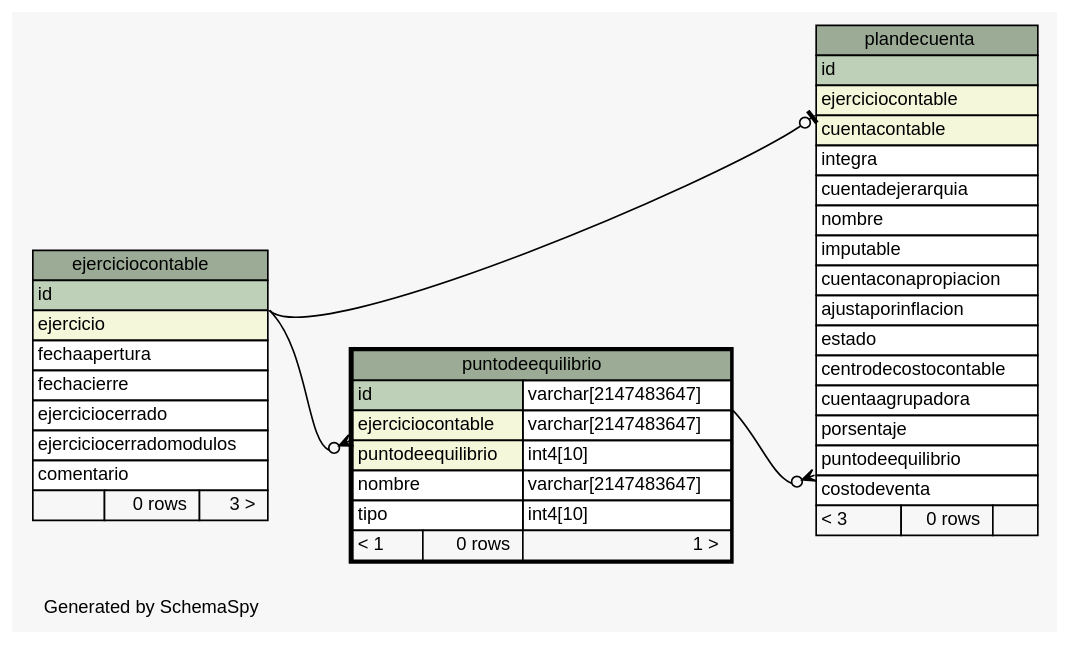
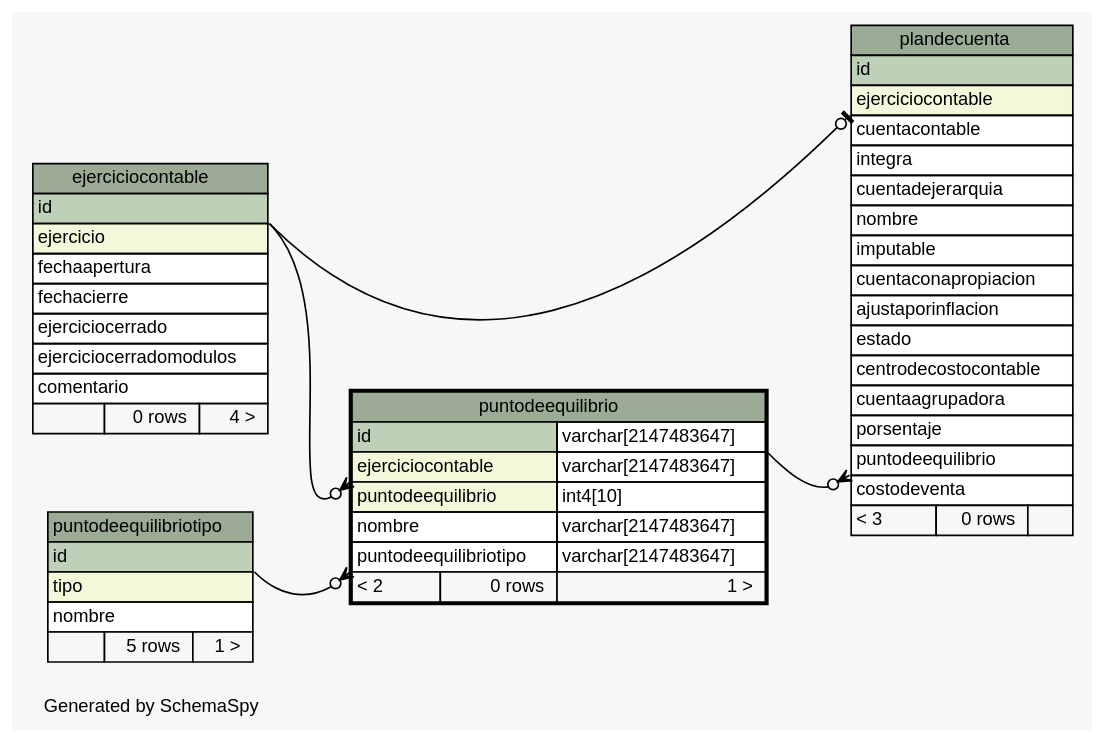
The diagram in sql/postgresql/schemaSpy/salida/diagrams/puntodeequilibrio.1degree.dot (sebaalvarez/massoftware), drawn with Graphviz before and after one commit. The commit also changed 152 other files, not shown here.

```diff
--- a/sql/postgresql/schemaSpy/salida/diagrams/puntodeequilibrio.1degree.dot
+++ b/sql/postgresql/schemaSpy/salida/diagrams/puntodeequilibrio.1degree.dot
@@ -1,79 +1,92 @@
 // dot 2.2.1 on Windows 10 10.0
 // SchemaSpy rev 590
 digraph "oneDegreeRelationshipsDiagram" {
   graph [
     rankdir="RL"
     bgcolor="#f7f7f7"
     label="\nGenerated by SchemaSpy"
     labeljust="l"
     nodesep="0.18"
     ranksep="0.46"
     fontname="Helvetica"
     fontsize="11"
   ];
   node [
     fontname="Helvetica"
     fontsize="11"
     shape="plaintext"
   ];
   edge [
     arrowsize="0.8"
   ];
   "plandecuenta":"ejerciciocontable":sw -> "ejerciciocontable":"id":se [arrowhead=none dir=back arrowtail=teeodot];
   "plandecuenta":"puntodeequilibrio":sw -> "puntodeequilibrio":"id.type":se [arrowhead=none dir=back arrowtail=crowodot];
   "puntodeequilibrio":"ejerciciocontable":sw -> "ejerciciocontable":"id":se [arrowhead=none dir=back arrowtail=crowodot];
+  "puntodeequilibrio":"puntodeequilibriotipo":sw -> "puntodeequilibriotipo":"id":se [arrowhead=none dir=back arrowtail=crowodot];
   "ejerciciocontable" [
     label=<
     <TABLE BORDER="0" CELLBORDER="1" CELLSPACING="0" BGCOLOR="#ffffff">
       <TR><TD COLSPAN="3" BGCOLOR="#9bab96" ALIGN="CENTER">ejerciciocontable</TD></TR>
       <TR><TD PORT="id" COLSPAN="3" BGCOLOR="#bed1b8" ALIGN="LEFT">id</TD></TR>
       <TR><TD PORT="ejercicio" COLSPAN="3" BGCOLOR="#f4f7da" ALIGN="LEFT">ejercicio</TD></TR>
       <TR><TD PORT="fechaapertura" COLSPAN="3" ALIGN="LEFT">fechaapertura</TD></TR>
       <TR><TD PORT="fechacierre" COLSPAN="3" ALIGN="LEFT">fechacierre</TD></TR>
       <TR><TD PORT="ejerciciocerrado" COLSPAN="3" ALIGN="LEFT">ejerciciocerrado</TD></TR>
       <TR><TD PORT="ejerciciocerradomodulos" COLSPAN="3" ALIGN="LEFT">ejerciciocerradomodulos</TD></TR>
       <TR><TD PORT="comentario" COLSPAN="3" ALIGN="LEFT">comentario</TD></TR>
-      <TR><TD ALIGN="LEFT" BGCOLOR="#f7f7f7">  </TD><TD ALIGN="RIGHT" BGCOLOR="#f7f7f7">0 rows</TD><TD ALIGN="RIGHT" BGCOLOR="#f7f7f7">3 &gt;</TD></TR>
+      <TR><TD ALIGN="LEFT" BGCOLOR="#f7f7f7">  </TD><TD ALIGN="RIGHT" BGCOLOR="#f7f7f7">0 rows</TD><TD ALIGN="RIGHT" BGCOLOR="#f7f7f7">4 &gt;</TD></TR>
     </TABLE>>
     URL="ejerciciocontable.html"
     tooltip="ejerciciocontable"
   ];
   "plandecuenta" [
     label=<
     <TABLE BORDER="0" CELLBORDER="1" CELLSPACING="0" BGCOLOR="#ffffff">
       <TR><TD COLSPAN="3" BGCOLOR="#9bab96" ALIGN="CENTER">plandecuenta</TD></TR>
       <TR><TD PORT="id" COLSPAN="3" BGCOLOR="#bed1b8" ALIGN="LEFT">id</TD></TR>
       <TR><TD PORT="ejerciciocontable" COLSPAN="3" BGCOLOR="#f4f7da" ALIGN="LEFT">ejerciciocontable</TD></TR>
-      <TR><TD PORT="cuentacontable" COLSPAN="3" BGCOLOR="#f4f7da" ALIGN="LEFT">cuentacontable</TD></TR>
+      <TR><TD PORT="cuentacontable" COLSPAN="3" ALIGN="LEFT">cuentacontable</TD></TR>
       <TR><TD PORT="integra" COLSPAN="3" ALIGN="LEFT">integra</TD></TR>
       <TR><TD PORT="cuentadejerarquia" COLSPAN="3" ALIGN="LEFT">cuentadejerarquia</TD></TR>
       <TR><TD PORT="nombre" COLSPAN="3" ALIGN="LEFT">nombre</TD></TR>
       <TR><TD PORT="imputable" COLSPAN="3" ALIGN="LEFT">imputable</TD></TR>
       <TR><TD PORT="cuentaconapropiacion" COLSPAN="3" ALIGN="LEFT">cuentaconapropiacion</TD></TR>
       <TR><TD PORT="ajustaporinflacion" COLSPAN="3" ALIGN="LEFT">ajustaporinflacion</TD></TR>
       <TR><TD PORT="estado" COLSPAN="3" ALIGN="LEFT">estado</TD></TR>
       <TR><TD PORT="centrodecostocontable" COLSPAN="3" ALIGN="LEFT">centrodecostocontable</TD></TR>
       <TR><TD PORT="cuentaagrupadora" COLSPAN="3" ALIGN="LEFT">cuentaagrupadora</TD></TR>
       <TR><TD PORT="porsentaje" COLSPAN="3" ALIGN="LEFT">porsentaje</TD></TR>
       <TR><TD PORT="puntodeequilibrio" COLSPAN="3" ALIGN="LEFT">puntodeequilibrio</TD></TR>
       <TR><TD PORT="costodeventa" COLSPAN="3" ALIGN="LEFT">costodeventa</TD></TR>
       <TR><TD ALIGN="LEFT" BGCOLOR="#f7f7f7">&lt; 3</TD><TD ALIGN="RIGHT" BGCOLOR="#f7f7f7">0 rows</TD><TD ALIGN="RIGHT" BGCOLOR="#f7f7f7">  </TD></TR>
     </TABLE>>
     URL="plandecuenta.html"
     tooltip="plandecuenta"
   ];
   "puntodeequilibrio" [
     label=<
     <TABLE BORDER="2" CELLBORDER="1" CELLSPACING="0" BGCOLOR="#ffffff">
       <TR><TD COLSPAN="3" BGCOLOR="#9bab96" ALIGN="CENTER">puntodeequilibrio</TD></TR>
       <TR><TD PORT="id" COLSPAN="2" BGCOLOR="#bed1b8" ALIGN="LEFT">id</TD><TD PORT="id.type" ALIGN="LEFT">varchar[2147483647]</TD></TR>
       <TR><TD PORT="ejerciciocontable" COLSPAN="2" BGCOLOR="#f4f7da" ALIGN="LEFT">ejerciciocontable</TD><TD PORT="ejerciciocontable.type" ALIGN="LEFT">varchar[2147483647]</TD></TR>
       <TR><TD PORT="puntodeequilibrio" COLSPAN="2" BGCOLOR="#f4f7da" ALIGN="LEFT">puntodeequilibrio</TD><TD PORT="puntodeequilibrio.type" ALIGN="LEFT">int4[10]</TD></TR>
       <TR><TD PORT="nombre" COLSPAN="2" ALIGN="LEFT">nombre</TD><TD PORT="nombre.type" ALIGN="LEFT">varchar[2147483647]</TD></TR>
-      <TR><TD PORT="tipo" COLSPAN="2" ALIGN="LEFT">tipo</TD><TD PORT="tipo.type" ALIGN="LEFT">int4[10]</TD></TR>
-      <TR><TD ALIGN="LEFT" BGCOLOR="#f7f7f7">&lt; 1</TD><TD ALIGN="RIGHT" BGCOLOR="#f7f7f7">0 rows</TD><TD ALIGN="RIGHT" BGCOLOR="#f7f7f7">1 &gt;</TD></TR>
+      <TR><TD PORT="puntodeequilibriotipo" COLSPAN="2" ALIGN="LEFT">puntodeequilibriotipo</TD><TD PORT="puntodeequilibriotipo.type" ALIGN="LEFT">varchar[2147483647]</TD></TR>
+      <TR><TD ALIGN="LEFT" BGCOLOR="#f7f7f7">&lt; 2</TD><TD ALIGN="RIGHT" BGCOLOR="#f7f7f7">0 rows</TD><TD ALIGN="RIGHT" BGCOLOR="#f7f7f7">1 &gt;</TD></TR>
     </TABLE>>
     URL="puntodeequilibrio.html"
     tooltip="puntodeequilibrio"
   ];
+  "puntodeequilibriotipo" [
+    label=<
+    <TABLE BORDER="0" CELLBORDER="1" CELLSPACING="0" BGCOLOR="#ffffff">
+      <TR><TD COLSPAN="3" BGCOLOR="#9bab96" ALIGN="CENTER">puntodeequilibriotipo</TD></TR>
+      <TR><TD PORT="id" COLSPAN="3" BGCOLOR="#bed1b8" ALIGN="LEFT">id</TD></TR>
+      <TR><TD PORT="tipo" COLSPAN="3" BGCOLOR="#f4f7da" ALIGN="LEFT">tipo</TD></TR>
+      <TR><TD PORT="nombre" COLSPAN="3" ALIGN="LEFT">nombre</TD></TR>
+      <TR><TD ALIGN="LEFT" BGCOLOR="#f7f7f7">  </TD><TD ALIGN="RIGHT" BGCOLOR="#f7f7f7">5 rows</TD><TD ALIGN="RIGHT" BGCOLOR="#f7f7f7">1 &gt;</TD></TR>
+    </TABLE>>
+    URL="puntodeequilibriotipo.html"
+    tooltip="puntodeequilibriotipo"
+  ];
 }
```
